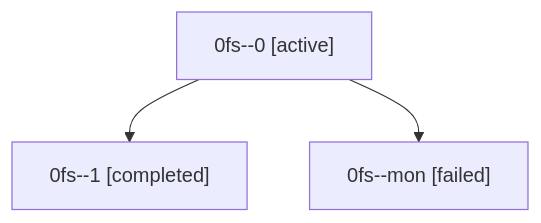
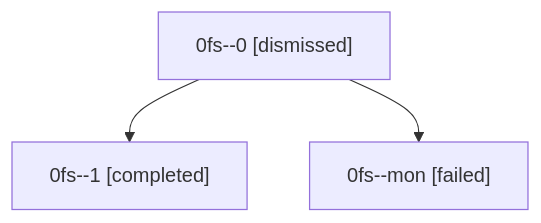
Before and after one commit to sase-org/sase--agents: the diagram in sessions/bbugyi200.athena.0fs.md, drawn with Mermaid. The commit also changed other lines of this file and 28 other files, not shown here.

````diff
--- a/sessions/bbugyi200.athena.0fs.md
+++ b/sessions/bbugyi200.athena.0fs.md
@@ -9,8 +9,8 @@
 ```mermaid
 flowchart TD
-  n0["0fs--0 [active]"]
+  n0["0fs--0 [dismissed]"]
   n1["0fs--1 [completed]"]
   n0 --> n1
   n2["0fs--mon [failed]"]
   n0 --> n2
 ```
````
